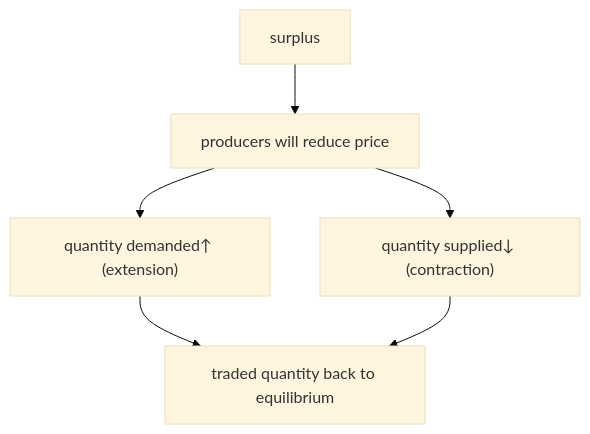
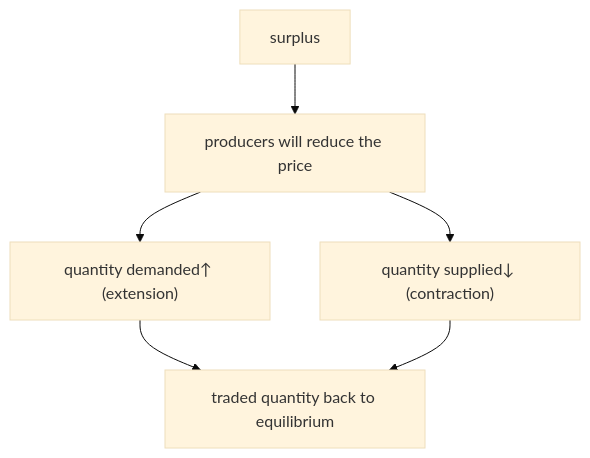
One commit to xin1z/IGCSE-Notes changed the first of 2 diagrams in Economics/2. The Allocation of Resources/2.4 Price determination.md. Above: the diagram before and after it, drawn with Mermaid (base theme). The commit also changed other lines of this file and 1 other file, not shown here.

````diff
--- a/Economics/2. The Allocation of Resources/2.4 Price determination.md
+++ b/Economics/2. The Allocation of Resources/2.4 Price determination.md
@@ -29,13 +29,13 @@
 ```mermaid
 flowchart TD
 A[surplus]
-B[producers will reduce price]
+B[producers will reduce the price]
 C["quantity demanded&uarr; (extension)"]
 D["quantity supplied&darr; (contraction)"]
 E["traded quantity back to equilibrium"]
 A --> B
 B --> C
 B --> D
 C --> E
 D --> E
 ```
````
